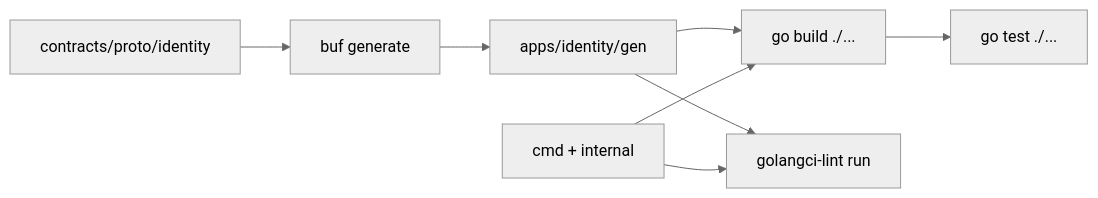
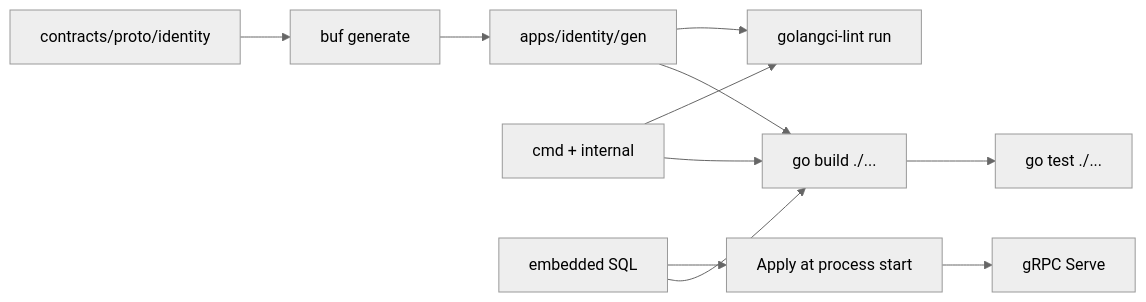
Before and after one commit to Solguficky/solguficky-hub: the diagram in docs/learning/go/service-layout.md, drawn with Mermaid (neutral theme). The commit also changed other lines of this file and 19 other files, not shown here.

First line of the commit message:
[PER-45] Завести схему и миграции Identity (#44)

````diff
--- a/docs/learning/go/service-layout.md
+++ b/docs/learning/go/service-layout.md
@@ -124,10 +139,13 @@
 ```mermaid
 flowchart LR
   proto["contracts/proto/identity"] --> buf["buf generate"]
   buf --> gen["apps/identity/gen"]
   gen --> build["go build ./..."]
   src["cmd + internal"] --> build
+  sql["embedded SQL"] --> build
   build --> test["go test ./..."]
   gen --> lint["golangci-lint run"]
   src --> lint
+  sql --> migrate["Apply at process start"]
+  migrate --> listen["gRPC Serve"]
 ```
````
